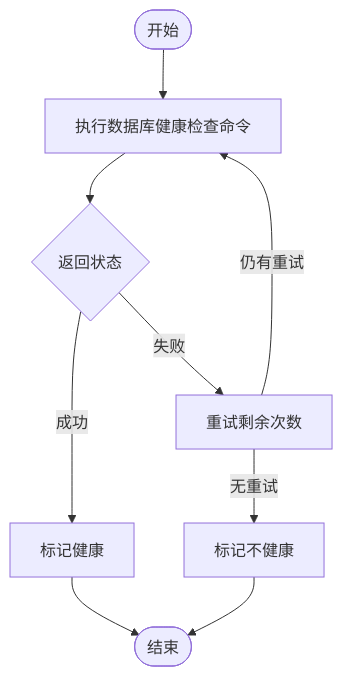
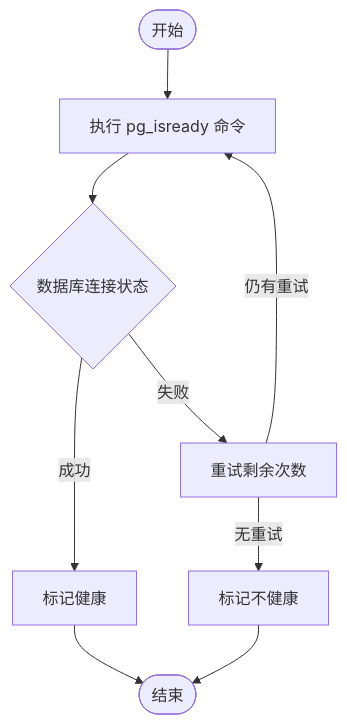
The third of 8 diagrams in .qoder/repowiki/zh/content/部署和运维/监控运维/健康检查机制.md (Will0253/zczk), drawn with Mermaid before and after one commit. The commit also changed other lines of this file and 13 other files, not shown here.

````diff
--- a/.qoder/repowiki/zh/content/部署和运维/监控运维/健康检查机制.md
+++ b/.qoder/repowiki/zh/content/部署和运维/监控运维/健康检查机制.md
@@ -117,11 +148,11 @@
 ```mermaid
 flowchart TD
-Start(["开始"]) --> Cmd["执行数据库健康检查命令"]
-Cmd --> Resp{"返回状态"}
+Start(["开始"]) --> Cmd["执行 pg_isready 命令"]
+Cmd --> Resp{"数据库连接状态"}
 Resp --> |成功| OK["标记健康"]
 Resp --> |失败| Retry["重试剩余次数"]
 Retry --> |仍有重试| Cmd
 Retry --> |无重试| Fail["标记不健康"]
 OK --> End(["结束"])
 Fail --> End
 ```
````
